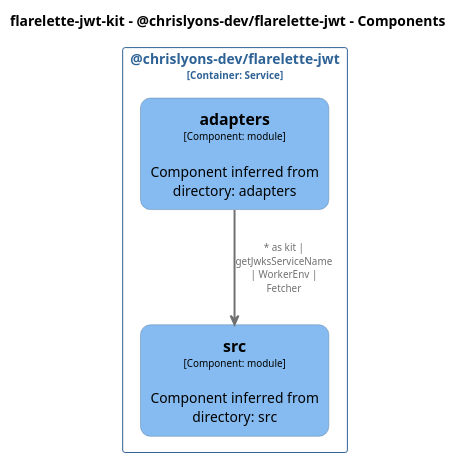
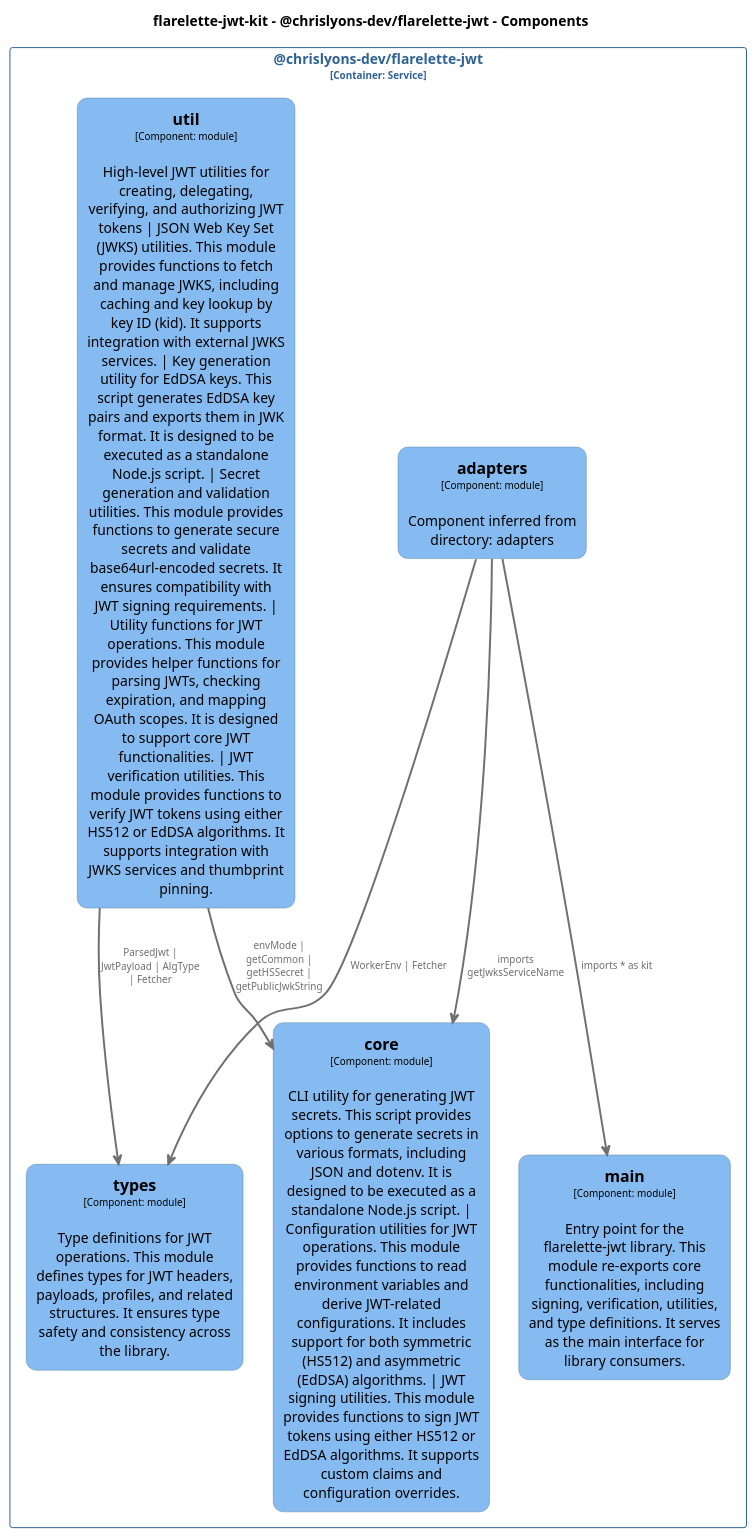
Before and after one commit to chrislyons-dev/flarelette-jwt-kit: the diagram in docs/architecture/diagrams/plantuml/structurizr-Components__chrislyons_dev_flarelette_jwt.puml, drawn with PlantUML. The commit also changed 71 other files, not shown here.

```diff
--- a/docs/architecture/diagrams/plantuml/structurizr-Components__chrislyons_dev_flarelette_jwt.puml
+++ b/docs/architecture/diagrams/plantuml/structurizr-Components__chrislyons_dev_flarelette_jwt.puml
@@ -1,45 +1,73 @@
 @startuml
 set separator none
 title flarelette-jwt-kit - @chrislyons-dev/flarelette-jwt - Components
 
 top to bottom direction
 skinparam ranksep 60
 skinparam nodesep 30
 
 skinparam {
   arrowFontSize 10
   defaultTextAlignment center
   wrapWidth 200
   maxMessageSize 100
   defaultFontName "Arial"
 }
 
 hide stereotype
 
 skinparam rectangle<<flarelettejwtkit.chrislyonsdevflarelettejwt.adapters>> {
   BackgroundColor #85bbf0
   FontColor #000000
   BorderColor #5d82a8
   roundCorner 20
   shadowing false
 }
-skinparam rectangle<<flarelettejwtkit.chrislyonsdevflarelettejwt.src>> {
+skinparam rectangle<<flarelettejwtkit.chrislyonsdevflarelettejwt.core>> {
+  BackgroundColor #85bbf0
+  FontColor #000000
+  BorderColor #5d82a8
+  roundCorner 20
+  shadowing false
+}
+skinparam rectangle<<flarelettejwtkit.chrislyonsdevflarelettejwt.main>> {
+  BackgroundColor #85bbf0
+  FontColor #000000
+  BorderColor #5d82a8
+  roundCorner 20
+  shadowing false
+}
+skinparam rectangle<<flarelettejwtkit.chrislyonsdevflarelettejwt.types>> {
+  BackgroundColor #85bbf0
+  FontColor #000000
+  BorderColor #5d82a8
+  roundCorner 20
+  shadowing false
+}
+skinparam rectangle<<flarelettejwtkit.chrislyonsdevflarelettejwt.util>> {
   BackgroundColor #85bbf0
   FontColor #000000
   BorderColor #5d82a8
   roundCorner 20
   shadowing false
 }
 skinparam rectangle<<flarelettejwtkit.chrislyonsdevflarelettejwt>> {
   BorderColor #2e6295
   FontColor #2e6295
   shadowing false
 }
 
 rectangle "@chrislyons-dev/flarelette-jwt\n<size:10>[Container: Service]</size>" <<flarelettejwtkit.chrislyonsdevflarelettejwt>> {
-  rectangle "==src\n<size:10>[Component: module]</size>\n\nComponent inferred from directory: src" <<flarelettejwtkit.chrislyonsdevflarelettejwt.src>> as flarelettejwtkit.chrislyonsdevflarelettejwt.src
+  rectangle "==core\n<size:10>[Component: module]</size>\n\nCLI utility for generating JWT secrets. This script provides options to generate secrets in various formats, including JSON and dotenv. It is designed to be executed as a standalone Node.js script. | Configuration utilities for JWT operations. This module provides functions to read environment variables and derive JWT-related configurations. It includes support for both symmetric (HS512) and asymmetric (EdDSA) algorithms. | JWT signing utilities. This module provides functions to sign JWT tokens using either HS512 or EdDSA algorithms. It supports custom claims and configuration overrides." <<flarelettejwtkit.chrislyonsdevflarelettejwt.core>> as flarelettejwtkit.chrislyonsdevflarelettejwt.core
+  rectangle "==util\n<size:10>[Component: module]</size>\n\nHigh-level JWT utilities for creating, delegating, verifying, and authorizing JWT tokens | JSON Web Key Set (JWKS) utilities. This module provides functions to fetch and manage JWKS, including caching and key lookup by key ID (kid). It supports integration with external JWKS services. | Key generation utility for EdDSA keys. This script generates EdDSA key pairs and exports them in JWK format. It is designed to be executed as a standalone Node.js script. | Secret generation and validation utilities. This module provides functions to generate secure secrets and validate base64url-encoded secrets. It ensures compatibility with JWT signing requirements. | Utility functions for JWT operations. This module provides helper functions for parsing JWTs, checking expiration, and mapping OAuth scopes. It is designed to support core JWT functionalities. | JWT verification utilities. This module provides functions to verify JWT tokens using either HS512 or EdDSA algorithms. It supports integration with JWKS services and thumbprint pinning." <<flarelettejwtkit.chrislyonsdevflarelettejwt.util>> as flarelettejwtkit.chrislyonsdevflarelettejwt.util
+  rectangle "==main\n<size:10>[Component: module]</size>\n\nEntry point for the flarelette-jwt library. This module re-exports core functionalities, including signing, verification, utilities, and type definitions. It serves as the main interface for library consumers." <<flarelettejwtkit.chrislyonsdevflarelettejwt.main>> as flarelettejwtkit.chrislyonsdevflarelettejwt.main
+  rectangle "==types\n<size:10>[Component: module]</size>\n\nType definitions for JWT operations. This module defines types for JWT headers, payloads, profiles, and related structures. It ensures type safety and consistency across the library." <<flarelettejwtkit.chrislyonsdevflarelettejwt.types>> as flarelettejwtkit.chrislyonsdevflarelettejwt.types
   rectangle "==adapters\n<size:10>[Component: module]</size>\n\nComponent inferred from directory: adapters" <<flarelettejwtkit.chrislyonsdevflarelettejwt.adapters>> as flarelettejwtkit.chrislyonsdevflarelettejwt.adapters
 }
 
-flarelettejwtkit.chrislyonsdevflarelettejwt.adapters -[#707070,thickness=2]-> flarelettejwtkit.chrislyonsdevflarelettejwt.src : "<color:#707070>* as kit | getJwksServiceName | WorkerEnv | Fetcher"
+flarelettejwtkit.chrislyonsdevflarelettejwt.util -[#707070,thickness=2]-> flarelettejwtkit.chrislyonsdevflarelettejwt.types : "<color:#707070>ParsedJwt | JwtPayload | AlgType | Fetcher"
+flarelettejwtkit.chrislyonsdevflarelettejwt.util -[#707070,thickness=2]-> flarelettejwtkit.chrislyonsdevflarelettejwt.core : "<color:#707070>envMode | getCommon | getHSSecret | getPublicJwkString"
+flarelettejwtkit.chrislyonsdevflarelettejwt.adapters -[#707070,thickness=2]-> flarelettejwtkit.chrislyonsdevflarelettejwt.main : "<color:#707070>imports * as kit"
+flarelettejwtkit.chrislyonsdevflarelettejwt.adapters -[#707070,thickness=2]-> flarelettejwtkit.chrislyonsdevflarelettejwt.core : "<color:#707070>imports getJwksServiceName"
+flarelettejwtkit.chrislyonsdevflarelettejwt.adapters -[#707070,thickness=2]-> flarelettejwtkit.chrislyonsdevflarelettejwt.types : "<color:#707070>WorkerEnv | Fetcher"
 @enduml
```
